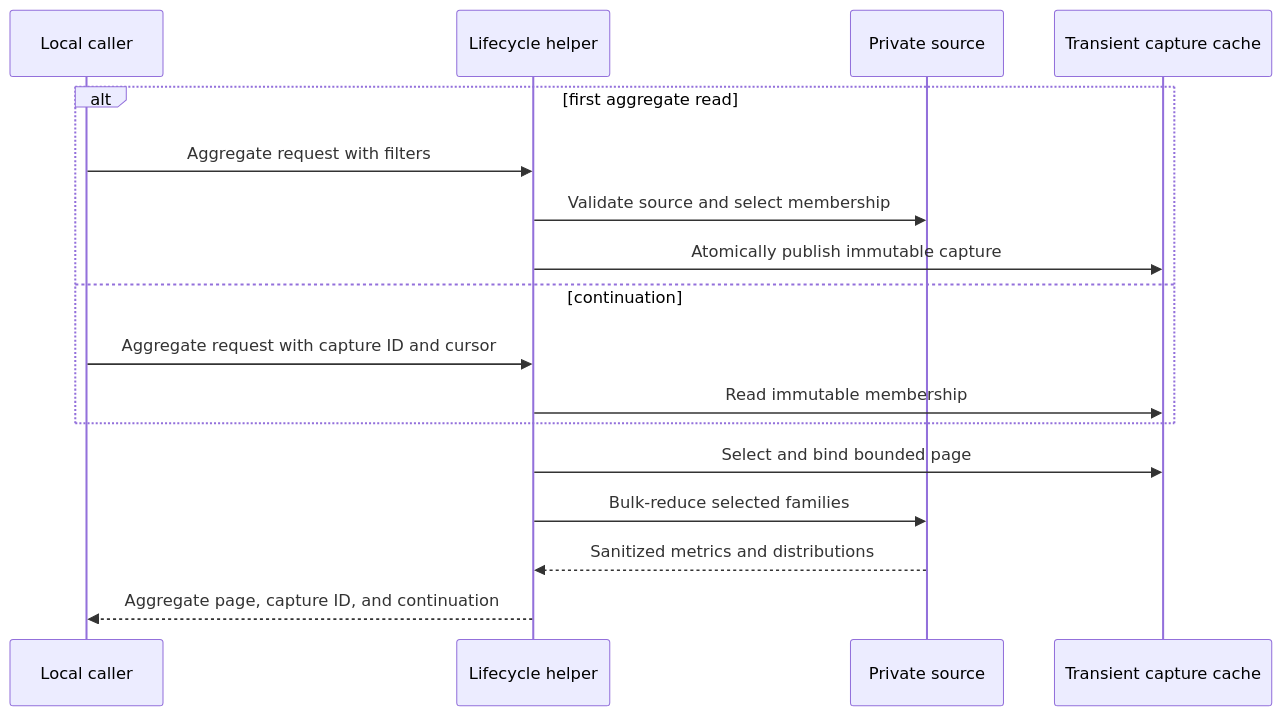
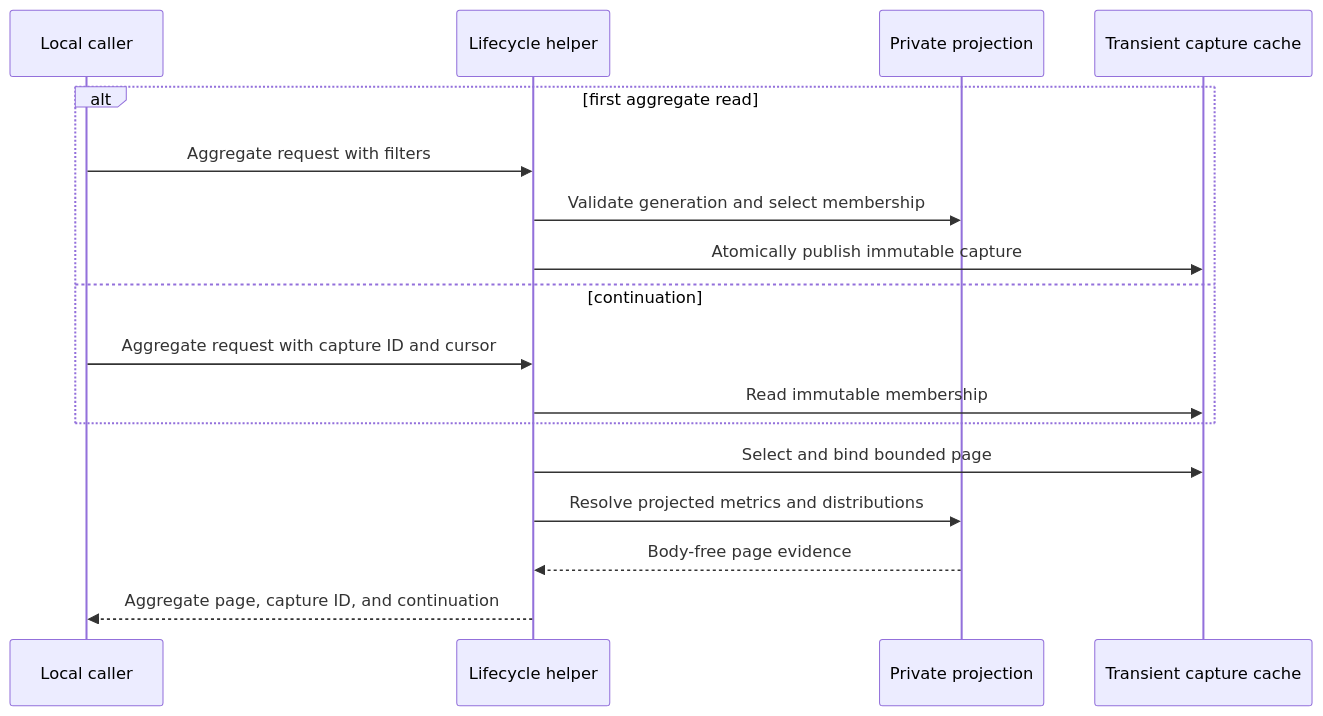
Before and after one commit to Saltiola7/dotfiles-ai: the first of 4 diagrams in docs/specs/dbsctr_v3_lifecycle/features/history-incident-query-performance.md, drawn with Mermaid. The commit also changed other lines of this file and 5 other files, not shown here.

````diff
--- a/docs/specs/dbsctr_v3_lifecycle/features/history-incident-query-performance.md
+++ b/docs/specs/dbsctr_v3_lifecycle/features/history-incident-query-performance.md
@@ -446,21 +571,21 @@
 ```mermaid
 sequenceDiagram
     accTitle: Page-first History reduction
-    accDescr: A first aggregate read creates or reuses one immutable capture, while continuation reads use that capture without rescanning the live source; both bind a page before bulk reduction.
+    accDescr: A first aggregate read creates membership from one ready private projection and persists an immutable capture. Continuations use that capture and its bound generation. Both bind a page before projected reduction and never scan source payloads.
     participant C as Local caller
     participant H as Lifecycle helper
-    participant S as Private source
+    participant P as Private projection
     participant K as Transient capture cache
     alt first aggregate read
         C->>H: Aggregate request with filters
-        H->>S: Validate source and select membership
+        H->>P: Validate generation and select membership
         H->>K: Atomically publish immutable capture
     else continuation
         C->>H: Aggregate request with capture ID and cursor
         H->>K: Read immutable membership
     end
     H->>K: Select and bind bounded page
-    H->>S: Bulk-reduce selected families
-    S-->>H: Sanitized metrics and distributions
+    H->>P: Resolve projected metrics and distributions
+    P-->>H: Body-free page evidence
     H-->>C: Aggregate page, capture ID, and continuation
 ```
````
